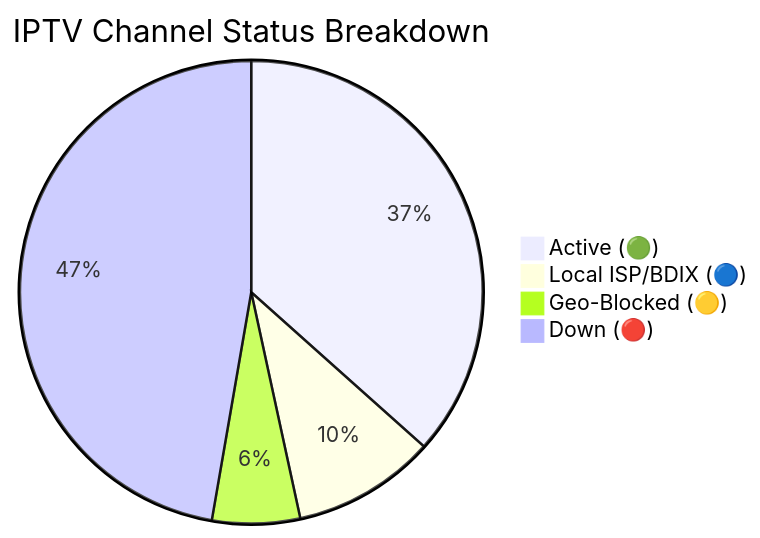
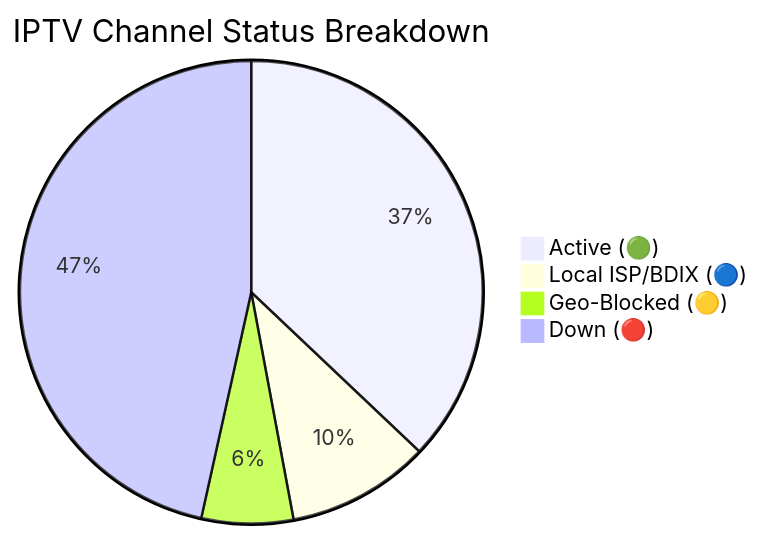
Before and after one commit to andreataylord/Ip-tv-Collection: the diagram in README.md, drawn with Mermaid. The commit also changed other lines of this file and 1 other file, not shown here.

Commit message:
docs(readme): auto-update daily channel status chart

````diff
--- a/README.md
+++ b/README.md
@@ -59,7 +59,7 @@
 ```mermaid
 pie title IPTV Channel Status Breakdown
-    "Active (🟢)" : 2877
+    "Active (🟢)" : 2914
     "Local ISP/BDIX (🔵)" : 786
-    "Geo-Blocked (🟡)" : 482
-    "Down (🔴)" : 3716
+    "Geo-Blocked (🟡)" : 503
+    "Down (🔴)" : 3658
 ```
````
